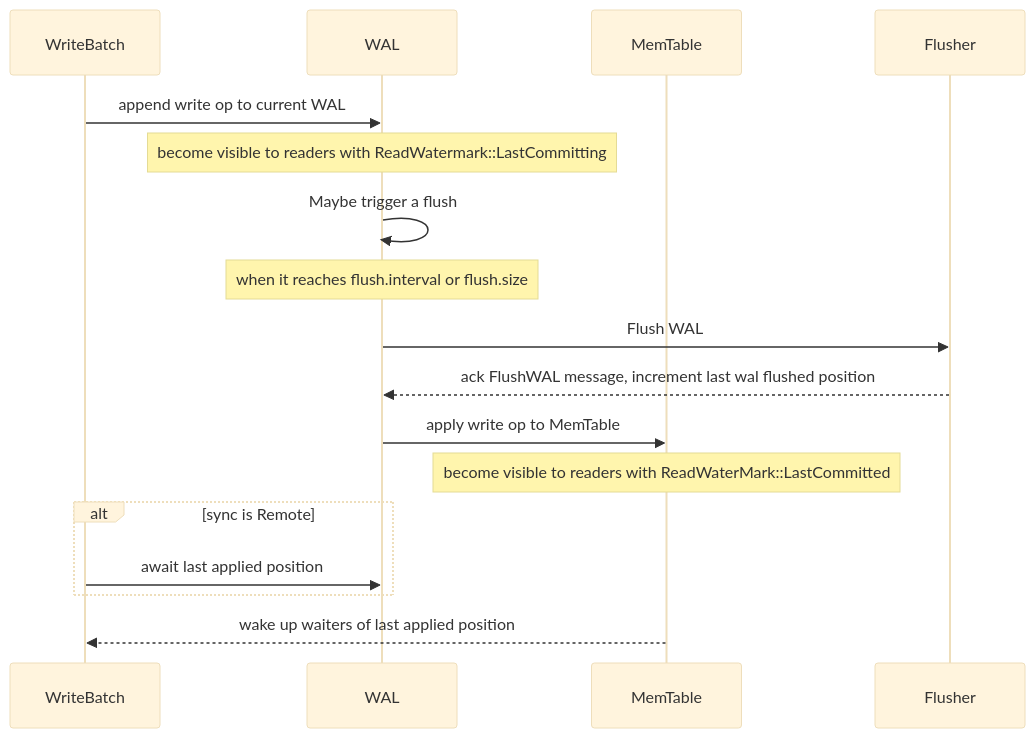
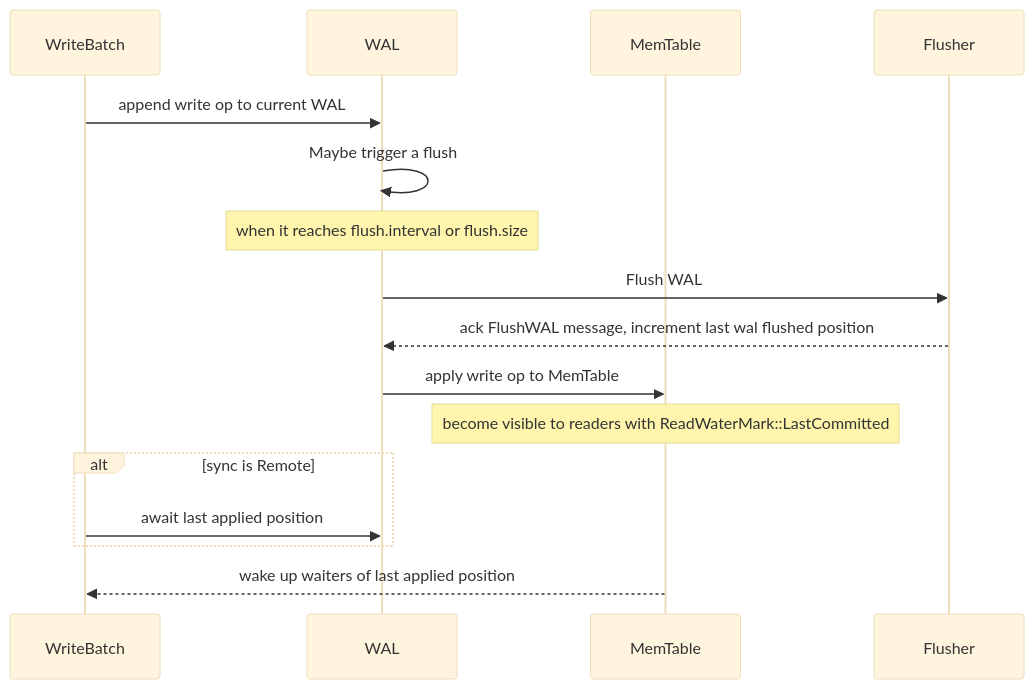
Before and after one commit to slatedb/slatedb: the third of 3 diagrams in rfcs/0007-synchronous-commit.md, drawn with Mermaid (base theme). The commit also changed other lines of this file, not shown here.

Commit message:
remove LastCommitting

````diff
--- a/rfcs/0007-synchronous-commit.md
+++ b/rfcs/0007-synchronous-commit.md
@@ -356,27 +356,26 @@
 ```mermaid
 sequenceDiagram
     participant WriteBatch
     participant WAL
     participant MemTable
     participant Flusher
 
     WriteBatch->>WAL: append write op to current WAL
-    Note over WAL: become visible to readers with ReadWatermark::LastCommitting
 
     WAL->>WAL: Maybe trigger a flush
     Note over WAL: when it reaches flush.interval or flush.size
 
     WAL->>Flusher: Flush WAL
 
 
     Flusher-->>WAL: ack FlushWAL message, increment last wal flushed position
 
     WAL->>MemTable: apply write op to MemTable
     Note over MemTable: become visible to readers with ReadWaterMark::LastCommitted
 
     alt sync is Remote
         WriteBatch->>WAL: await last applied position
     end
 
     MemTable-->>WriteBatch: wake up waiters of last applied position
 ```
````
